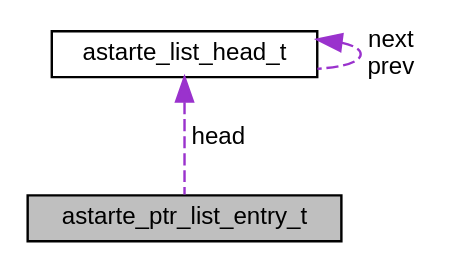
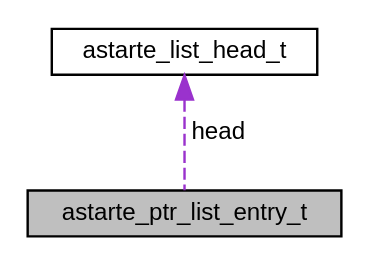
Before and after one commit to astarte-platform/docs: the diagram in device-sdks/esp32/snapshot/api/structastarte__ptr__list__entry__t__coll__graph.dot, drawn with Graphviz. The commit also changed 57 other files, not shown here.

```diff
--- a/device-sdks/esp32/snapshot/api/structastarte__ptr__list__entry__t__coll__graph.dot
+++ b/device-sdks/esp32/snapshot/api/structastarte__ptr__list__entry__t__coll__graph.dot
@@ -1,10 +1,9 @@
 digraph "astarte_ptr_list_entry_t"
 {
  // LATEX_PDF_SIZE
   edge [fontname="Helvetica",fontsize="10",labelfontname="Helvetica",labelfontsize="10"];
   node [fontname="Helvetica",fontsize="10",shape=record];
   Node1 [label="astarte_ptr_list_entry_t",height=0.2,width=0.4,color="black", fillcolor="grey75", style="filled", fontcolor="black",tooltip=" "];
   Node2 -> Node1 [dir="back",color="darkorchid3",fontsize="10",style="dashed",label=" head" ,fontname="Helvetica"];
   Node2 [label="astarte_list_head_t",height=0.2,width=0.4,color="black", fillcolor="white", style="filled",URL="$structastarte__list__head__t.html",tooltip=" "];
-  Node2 -> Node2 [dir="back",color="darkorchid3",fontsize="10",style="dashed",label=" next\nprev" ,fontname="Helvetica"];
 }
```
